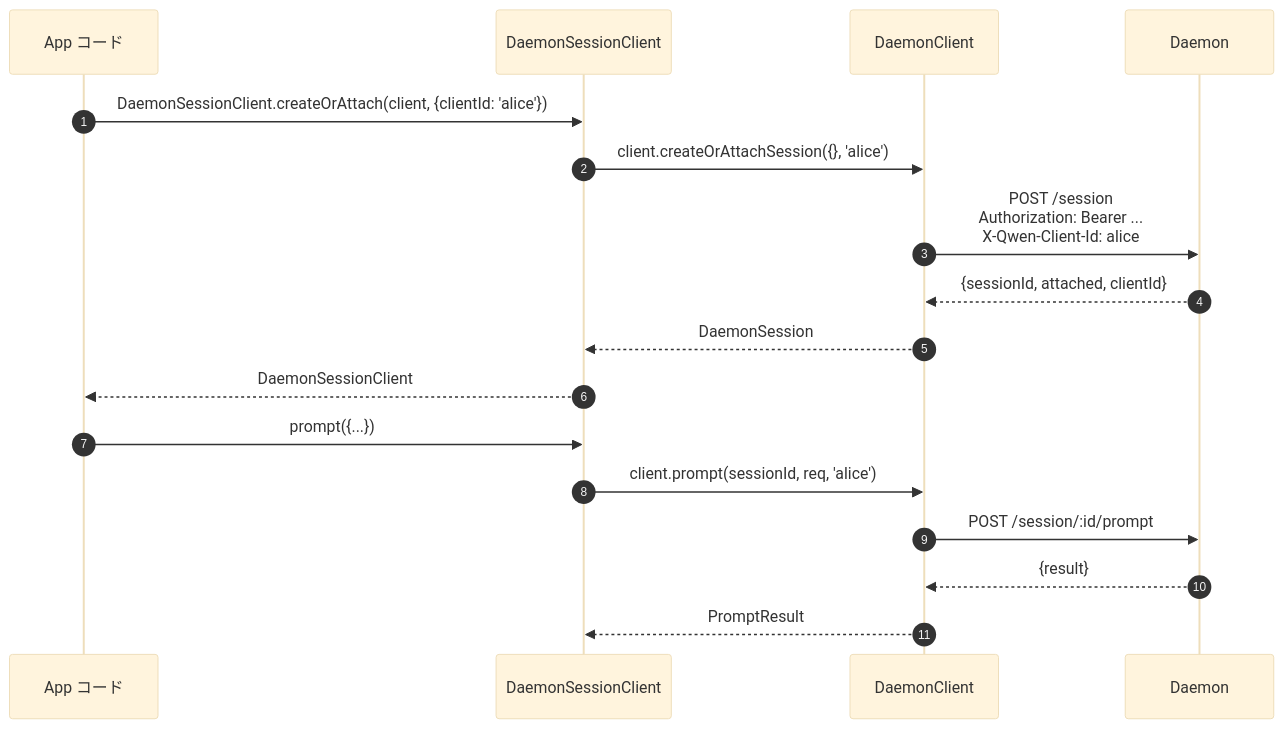
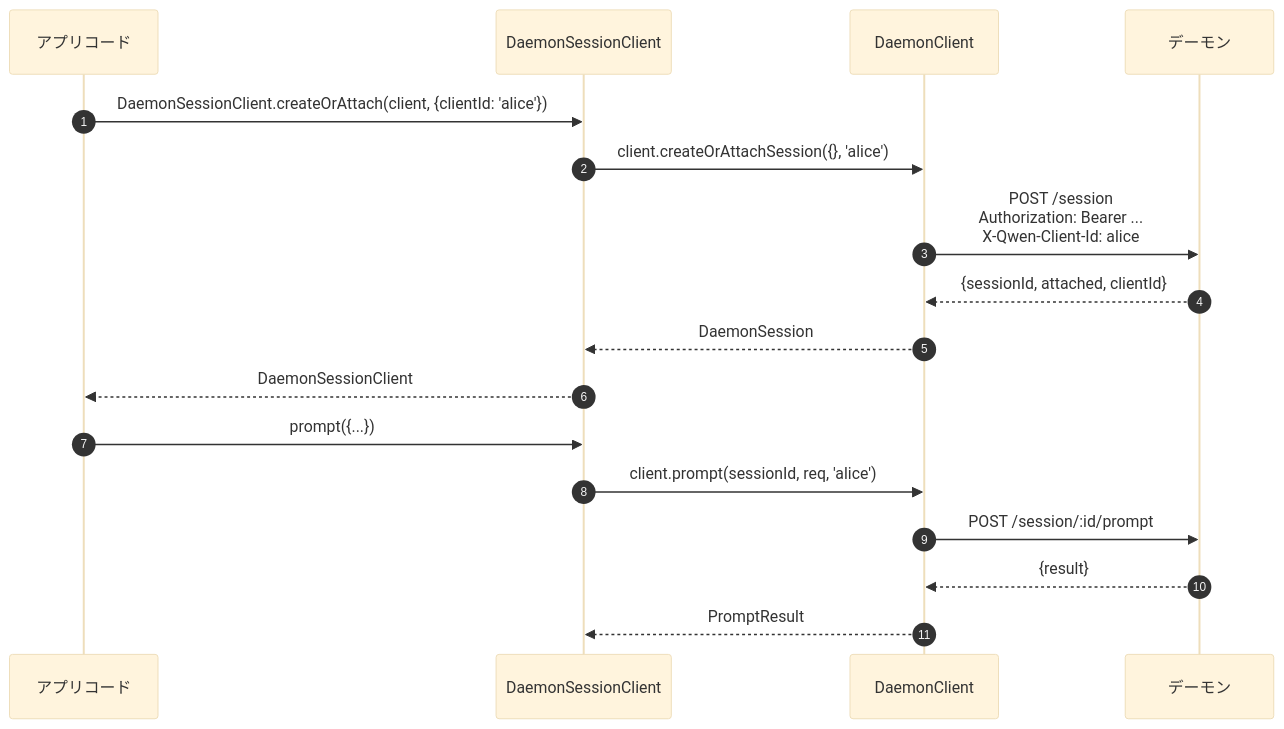
One commit to QwenLM/qwen-code-docs changed the first of 3 diagrams in website/content/ja/developers/daemon/13-sdk-daemon-client.md. Above: the diagram before and after it, drawn with Mermaid (base theme). The commit also changed other lines of this file and 162 other files, not shown here.

````diff
--- a/website/content/ja/developers/daemon/13-sdk-daemon-client.md
+++ b/website/content/ja/developers/daemon/13-sdk-daemon-client.md
@@ -133,21 +133,21 @@
 ```mermaid
 sequenceDiagram
     autonumber
-    participant App as App コード
+    participant App as アプリコード
     participant SC as DaemonSessionClient
     participant DC as DaemonClient
-    participant D as Daemon
+    participant D as デーモン
 
     App->>SC: DaemonSessionClient.createOrAttach(client, {clientId: 'alice'})
     SC->>DC: client.createOrAttachSession({}, 'alice')
     DC->>D: POST /session<br/>Authorization: Bearer ...<br/>X-Qwen-Client-Id: alice
     D-->>DC: {sessionId, attached, clientId}
     DC-->>SC: DaemonSession
     SC-->>App: DaemonSessionClient
 
     App->>SC: prompt({...})
     SC->>DC: client.prompt(sessionId, req, 'alice')
     DC->>D: POST /session/:id/prompt
     D-->>DC: {result}
     DC-->>SC: PromptResult
 ```
````
